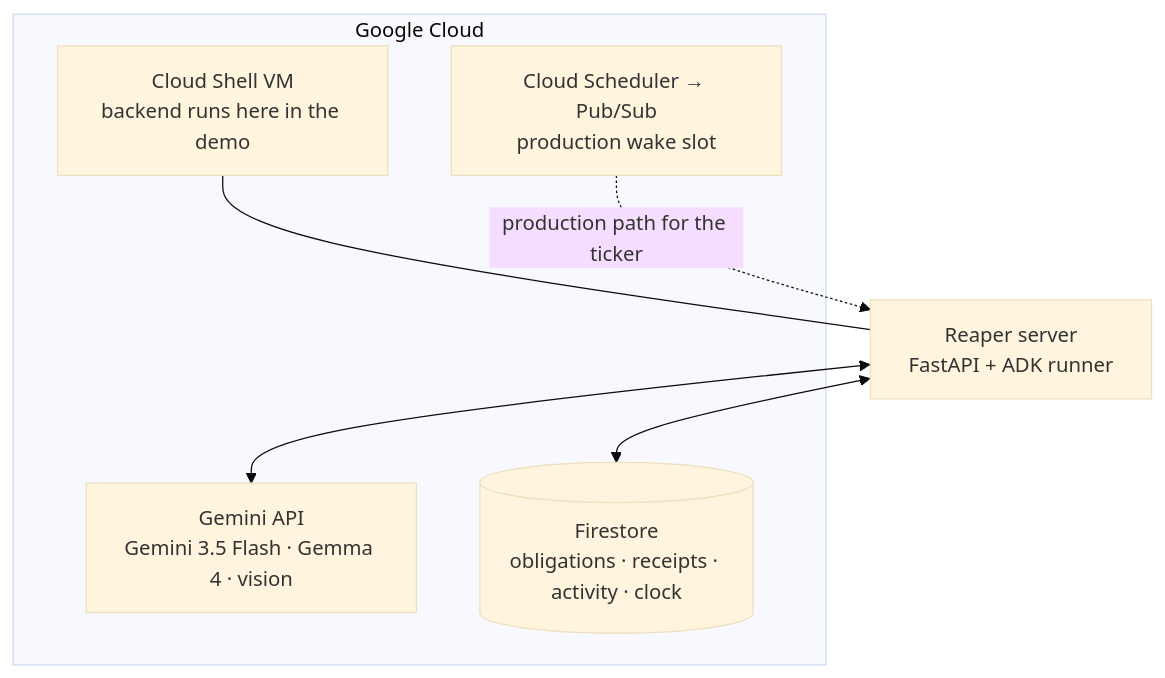
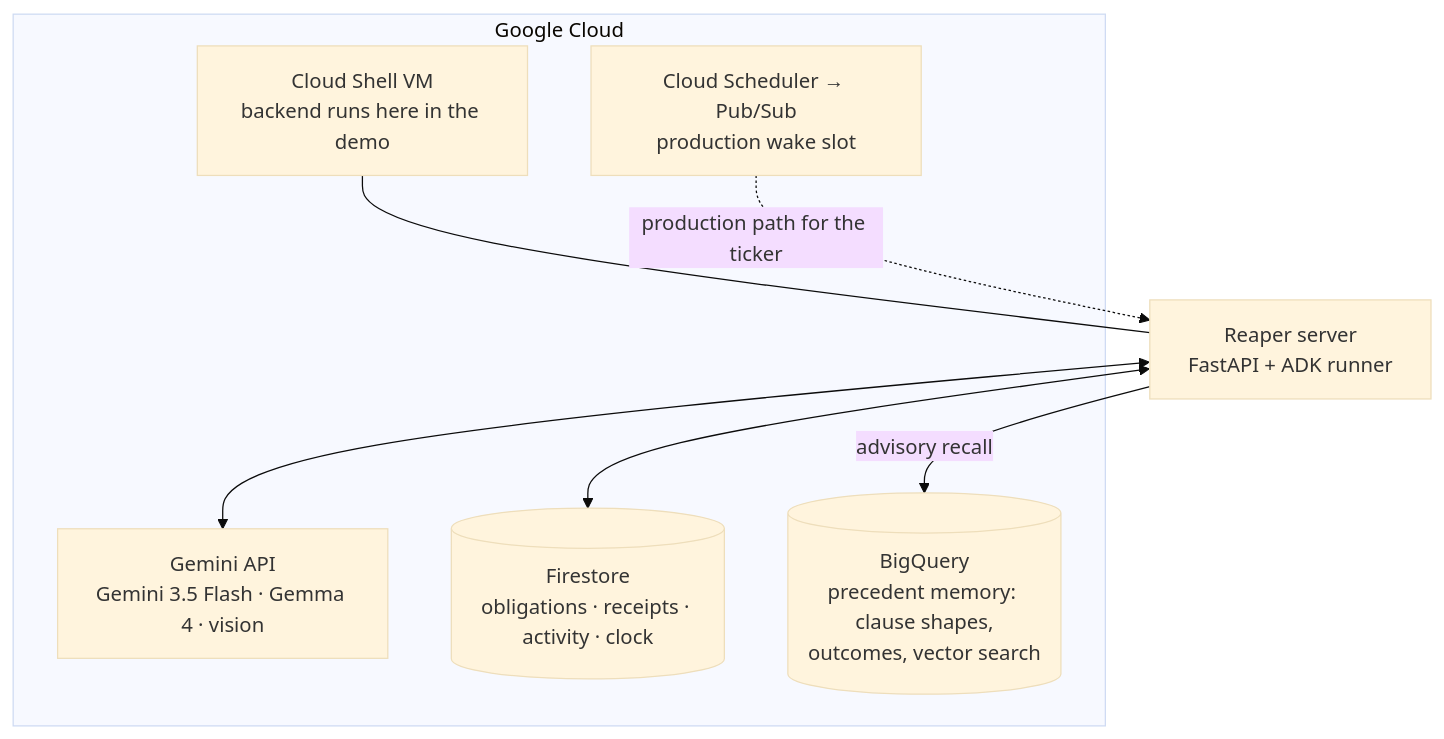
Before and after one commit to N-45div/Reaper: the seventh of 7 diagrams in ARCHITECTURE.md, drawn with Mermaid (base theme). The commit also changed other lines of this file and 2 other files, not shown here.

Commit message:
docs: precedent memory - diagrams, guide, and honest disclosures

````diff
--- a/ARCHITECTURE.md
+++ b/ARCHITECTURE.md
@@ -203,16 +236,18 @@
 ```mermaid
 flowchart TD
     subgraph gcp["Google Cloud"]
         gemini["Gemini API<br/>Gemini 3.5 Flash · Gemma 4 · vision"]
         fs[("Firestore<br/>obligations · receipts · activity · clock")]
         shell["Cloud Shell VM<br/>backend runs here in the demo"]
+        bq[("BigQuery<br/>precedent memory: clause shapes,<br/>outcomes, vector search")]
         sched["Cloud Scheduler → Pub/Sub<br/>production wake slot"]
     end
 
     app["Reaper server<br/>FastAPI + ADK runner"]
 
     app <--> gemini
     app <--> fs
+    app -->|"advisory recall"| bq
     shell --- app
     sched -.->|"production path for the ticker"| app
 ```
````
